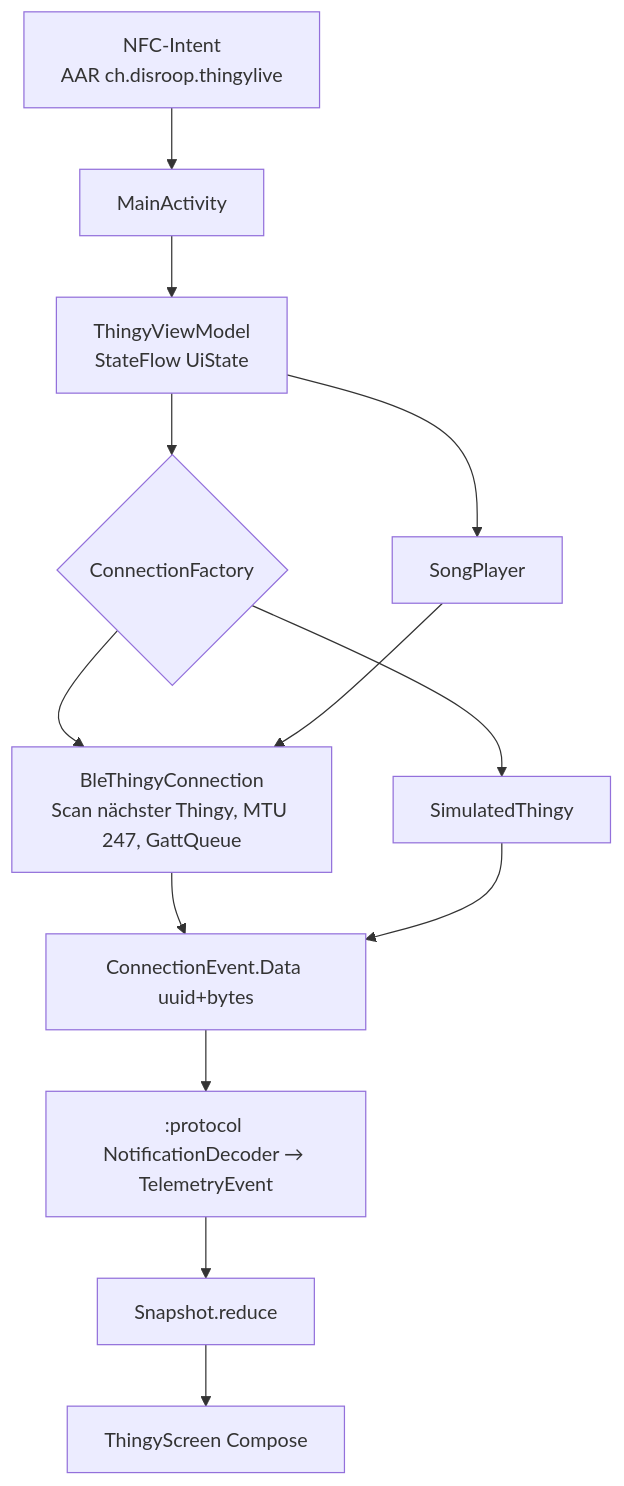
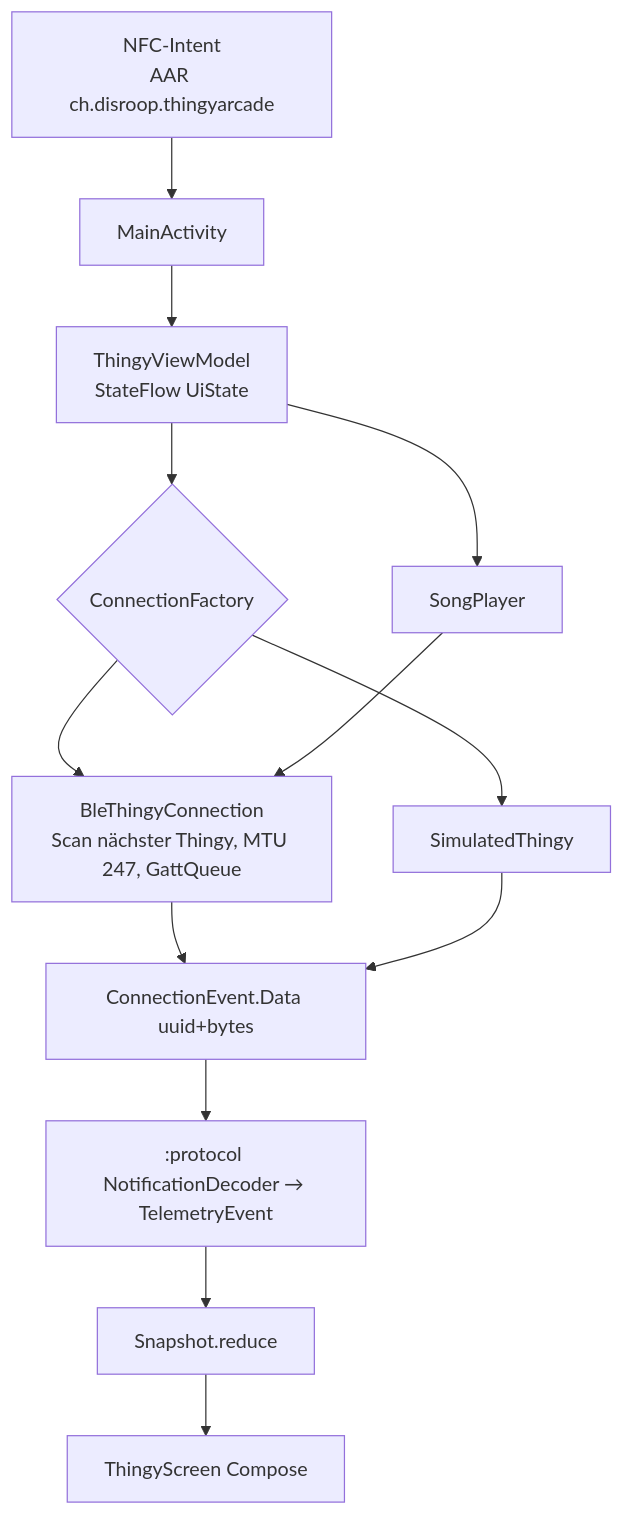
Before and after one commit to stefaneicher/disroop-sensor-playground: the second of 2 diagrams in docs/ARCHITECTURE.md, drawn with Mermaid. The commit also changed other lines of this file and 150 other files, not shown here.

````diff
--- a/docs/ARCHITECTURE.md
+++ b/docs/ARCHITECTURE.md
@@ -111,14 +111,14 @@
 ```mermaid
 flowchart TB
-  NFC[NFC-Intent<br/>AAR ch.disroop.thingylive] --> MA[MainActivity]
+  NFC[NFC-Intent<br/>AAR ch.disroop.thingyarcade] --> MA[MainActivity]
   MA --> VM[ThingyViewModel<br/>StateFlow UiState]
   VM --> CF{ConnectionFactory}
   CF --> BLE[BleThingyConnection<br/>Scan nächster Thingy, MTU 247, GattQueue]
   CF --> SIMA[SimulatedThingy]
   BLE --> EV[ConnectionEvent.Data uuid+bytes]
   SIMA --> EV
   EV --> DEC[":protocol NotificationDecoder → TelemetryEvent"]
   DEC --> SN[Snapshot.reduce]
   SN --> UI[ThingyScreen Compose]
   VM --> SP[SongPlayer] --> BLE
 ```
````
